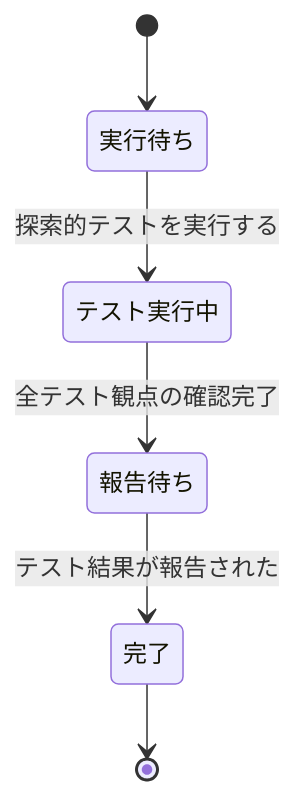
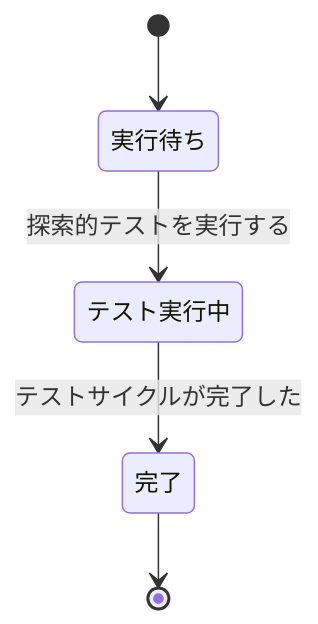
One commit to kuchita-el/claude-shared-skills changed the third of 3 diagrams in docs/qa/event-storming.md. Above: the diagram before and after it, drawn with Mermaid. The commit also changed other lines of this file, not shown here.

````diff
--- a/docs/qa/event-storming.md
+++ b/docs/qa/event-storming.md
@@ -132,8 +132,7 @@
 ```mermaid
 stateDiagram-v2
     [*] --> 実行待ち
     実行待ち --> テスト実行中: 探索的テストを実行する
-    テスト実行中 --> 報告待ち: 全テスト観点の確認完了
-    報告待ち --> 完了: テスト結果が報告された
+    テスト実行中 --> 完了: テストサイクルが完了した
     完了 --> [*]
 ```
````
